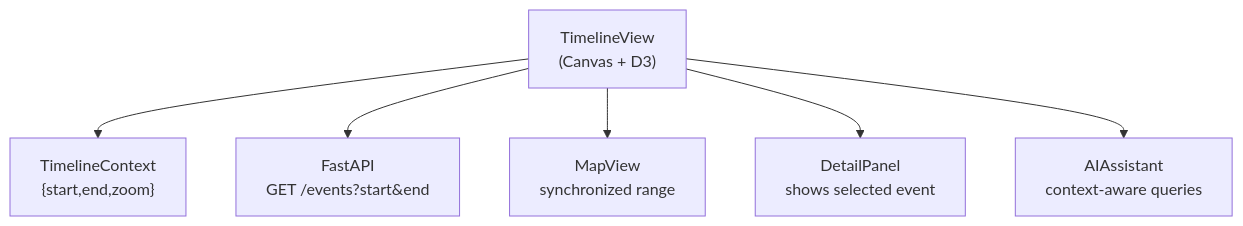
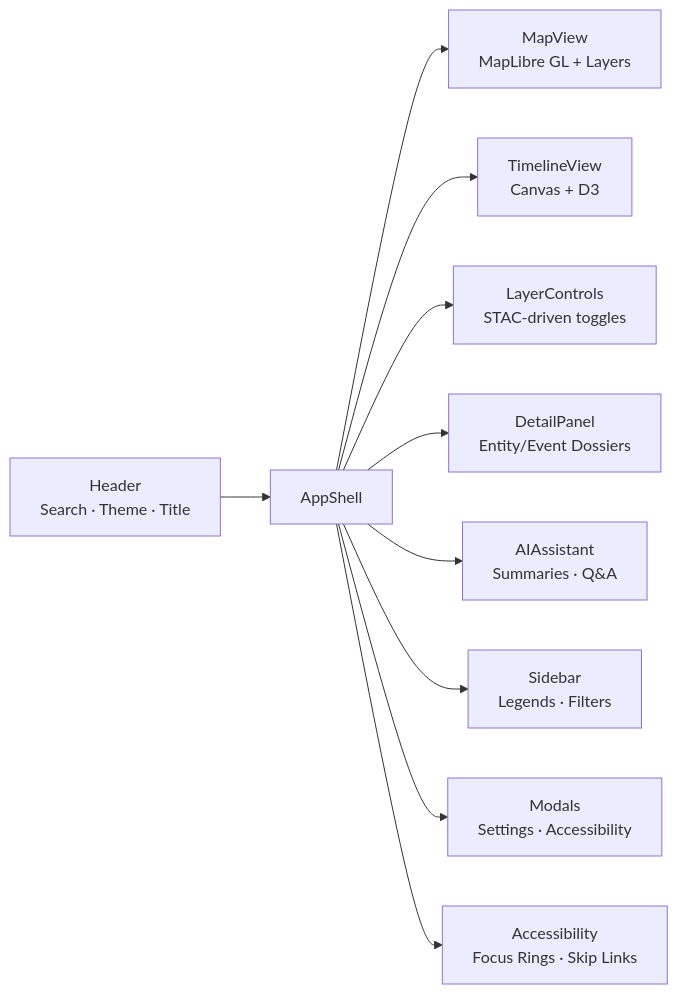
The first of 2 diagrams in web/src/components/TimelineView/README.md (bartytime4life/Kansas-Frontier-Matrix), drawn with Mermaid before and after one commit. The commit also changed other lines of this file, not shown here.

````diff
--- a/web/src/components/TimelineView/README.md
+++ b/web/src/components/TimelineView/README.md
@@ -64,9 +54,13 @@
 ```mermaid
-flowchart TD
-  T["TimelineView<br/>(Canvas + D3)"] --> TC["TimelineContext<br/>{start,end,zoom}"]
-  T --> API["FastAPI<br/>GET /events?start&end"]
-  T --> MAP["MapView<br/>synchronized range"]
-  T --> DP["DetailPanel<br/>shows selected event"]
-  T --> AI["AIAssistant<br/>context-aware queries"]
+flowchart LR
+  H["Header<br/>Search · Theme · Title"] --> A["AppShell"]
+  A --> M["MapView<br/>MapLibre GL + Layers"]
+  A --> T["TimelineView<br/>Canvas + D3"]
+  A --> L["LayerControls<br/>STAC-driven toggles"]
+  A --> D["DetailPanel<br/>Entity/Event Dossiers"]
+  A --> AI["AIAssistant<br/>Summaries · Q&A"]
+  A --> S["Sidebar<br/>Legends · Filters"]
+  A --> MOD["Modals<br/>Settings · Accessibility"]
+  A --> ACC["Accessibility<br/>Focus Rings · Skip Links"]
 %% END OF MERMAID
 ```
````
